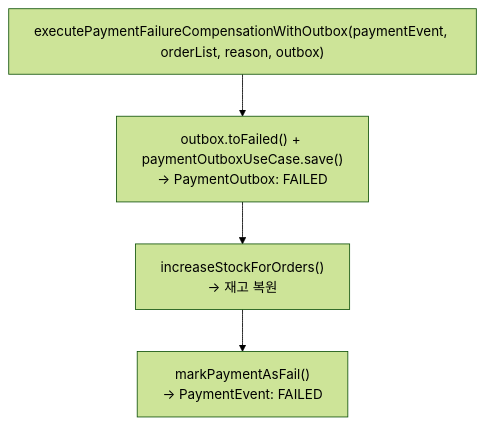
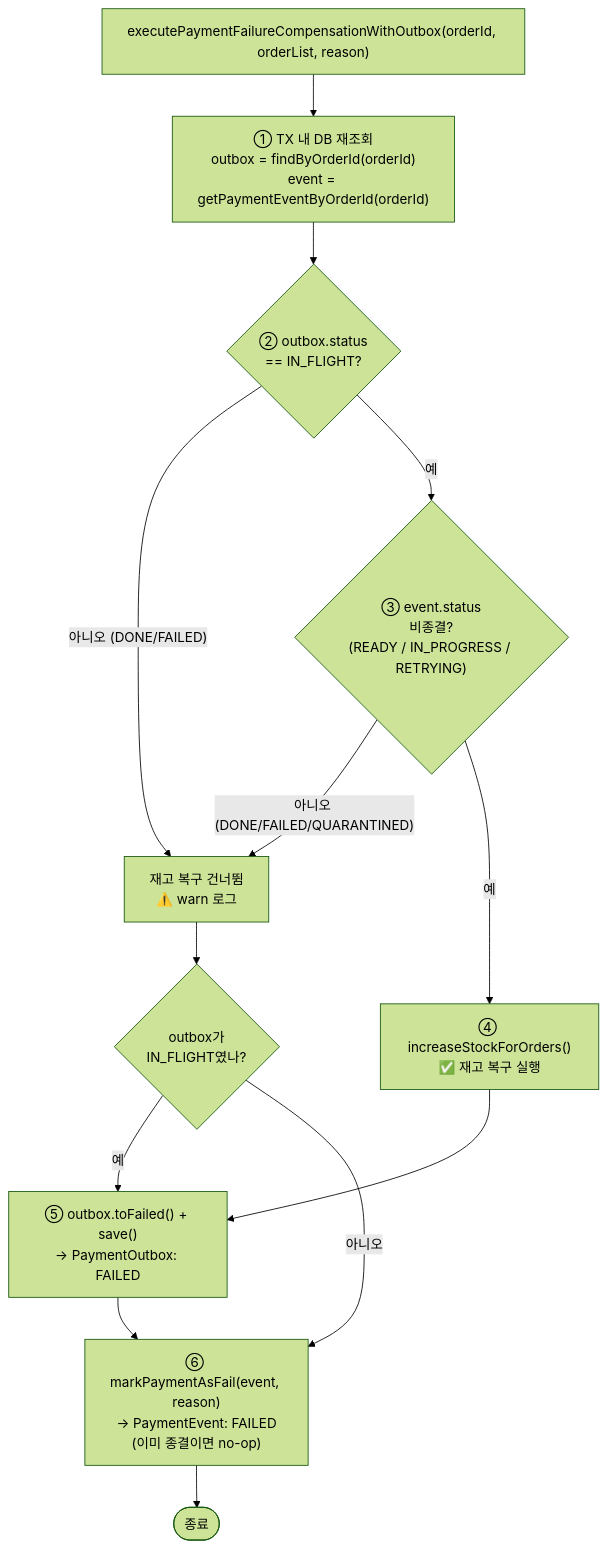
Before and after one commit to hyoguoo/payment-platform: the seventh of 7 diagrams in docs/context/CONFIRM-FLOW-FLOWCHART.md, drawn with Mermaid (forest theme). The commit also changed other lines of this file and 1 other file, not shown here.

Commit message:
docs: D12 가드 설명 보강 — 플로우차트·시나리오 표·판정 논리 추가

````diff
--- a/docs/context/CONFIRM-FLOW-FLOWCHART.md
+++ b/docs/context/CONFIRM-FLOW-FLOWCHART.md
@@ -191,7 +209,21 @@
 ```mermaid
 flowchart TD
-    A["executePaymentFailureCompensationWithOutbox(paymentEvent, orderList, reason, outbox)"] --> B
-    B["outbox.toFailed() + paymentOutboxUseCase.save()\n→ PaymentOutbox: FAILED"]
-    B --> C["increaseStockForOrders()\n→ 재고 복원"]
-    C --> D["markPaymentAsFail()\n→ PaymentEvent: FAILED"]
+    START["executePaymentFailureCompensationWithOutbox(orderId, orderList, reason)"]
+
+    START --> RELOAD["① TX 내 DB 재조회\noutbox = findByOrderId(orderId)\nevent = getPaymentEventByOrderId(orderId)"]
+
+    RELOAD --> CHK_OB{"② outbox.status\n== IN_FLIGHT?"}
+
+    CHK_OB -->|"아니오 (DONE/FAILED)"| SKIP["재고 복구 건너뜀\n⚠️ warn 로그"]
+    CHK_OB -->|예| CHK_EV{"③ event.status\n비종결?\n(READY / IN_PROGRESS / RETRYING)"}
+
+    CHK_EV -->|"아니오 (DONE/FAILED/QUARANTINED)"| SKIP
+    CHK_EV -->|예| RESTORE["④ increaseStockForOrders()\n✅ 재고 복구 실행"]
+
+    RESTORE --> FAIL_OB["⑤ outbox.toFailed() + save()\n→ PaymentOutbox: FAILED"]
+    SKIP --> CHK_OB2{"outbox가\nIN_FLIGHT였나?"}
+    CHK_OB2 -->|예| FAIL_OB
+    CHK_OB2 -->|아니오| MARK
+    FAIL_OB --> MARK["⑥ markPaymentAsFail(event, reason)\n→ PaymentEvent: FAILED\n(이미 종결이면 no-op)"]
+    MARK --> FIN([종료])
 ```
````
